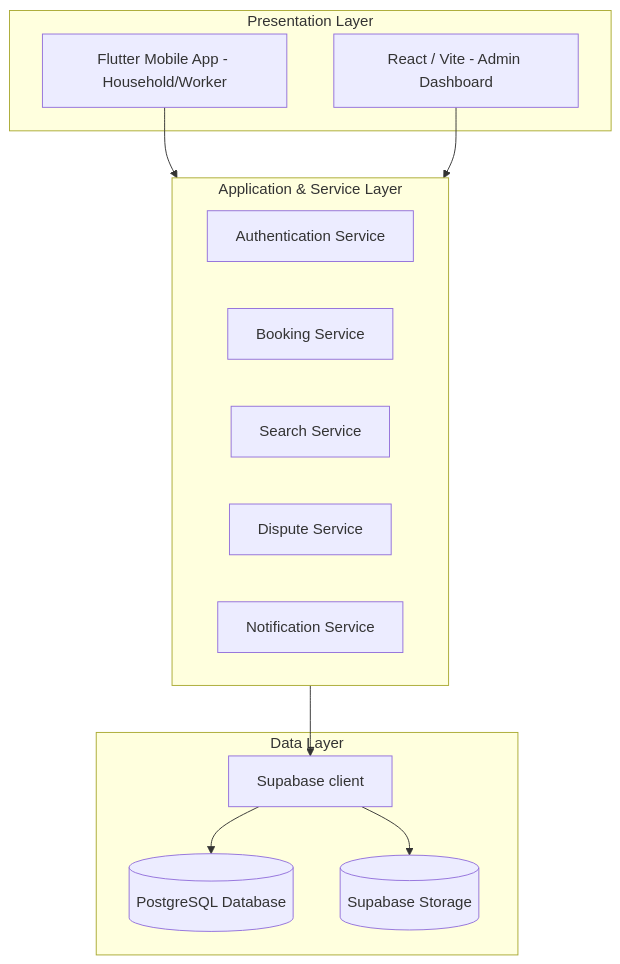
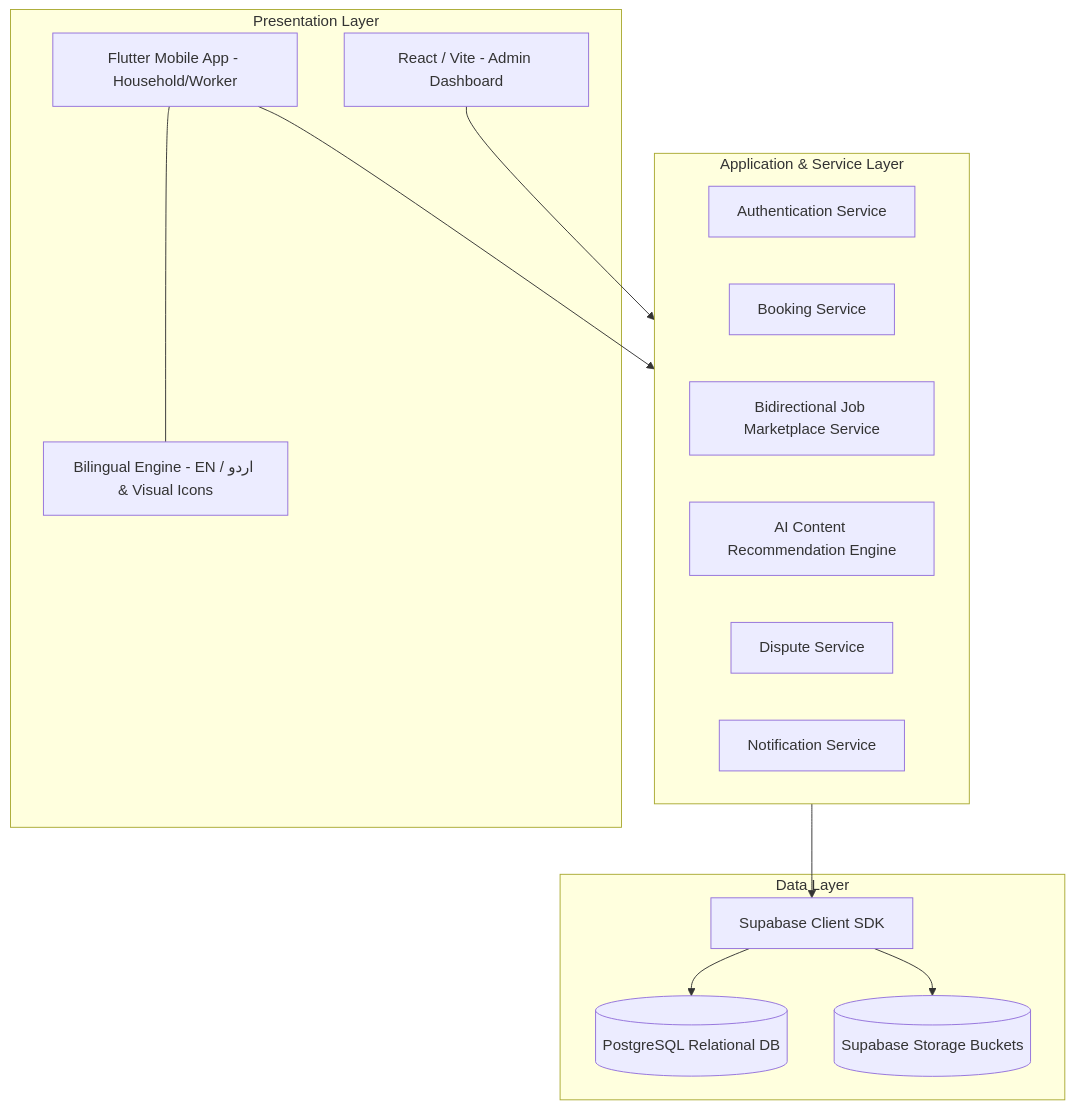
Before and after one commit to AbuZar-Babar/HomeEase: the diagram in Docs/30 Percent/SDD_Summary.md, drawn with Mermaid. The commit also changed other lines of this file and 85 other files, not shown here.

````diff
--- a/Docs/30 Percent/SDD_Summary.md
+++ b/Docs/30 Percent/SDD_Summary.md
@@ -26,27 +26,30 @@
 ```mermaid
 flowchart TD
     subgraph Clients [Presentation Layer]
         Mobile[Flutter Mobile App - Household/Worker]
+        Bilingual[Bilingual Engine - EN / اردو & Visual Icons]
         Web[React / Vite - Admin Dashboard]
+        Mobile --- Bilingual
     end
 
     subgraph ServiceLayer [Application & Service Layer]
         AuthSvc[Authentication Service]
         BookSvc[Booking Service]
-        SearchSvc[Search Service]
+        JobSvc[Bidirectional Job Marketplace Service]
+        AIRecommender[AI Content Recommendation Engine]
         DisputeSvc[Dispute Service]
         NotifySvc[Notification Service]
     end
 
     subgraph DatabaseLayer [Data Layer]
-        ClientLib[Supabase client]
-        Postgres[(PostgreSQL Database)]
-        Storage[(Supabase Storage)]
+        ClientLib[Supabase Client SDK]
+        Postgres[(PostgreSQL Relational DB)]
+        Storage[(Supabase Storage Buckets)]
     end
 
     Mobile --> ServiceLayer
     Web --> ServiceLayer
     ServiceLayer --> ClientLib
     ClientLib --> Postgres
     ClientLib --> Storage
 ```
````
